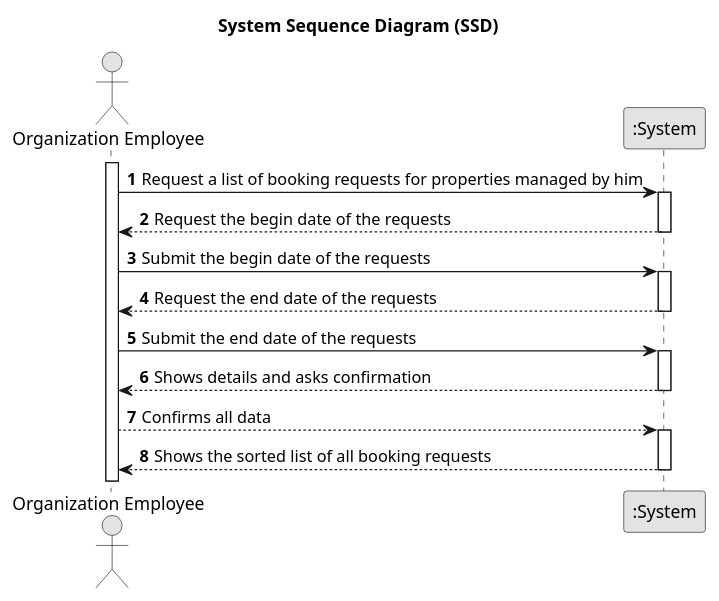
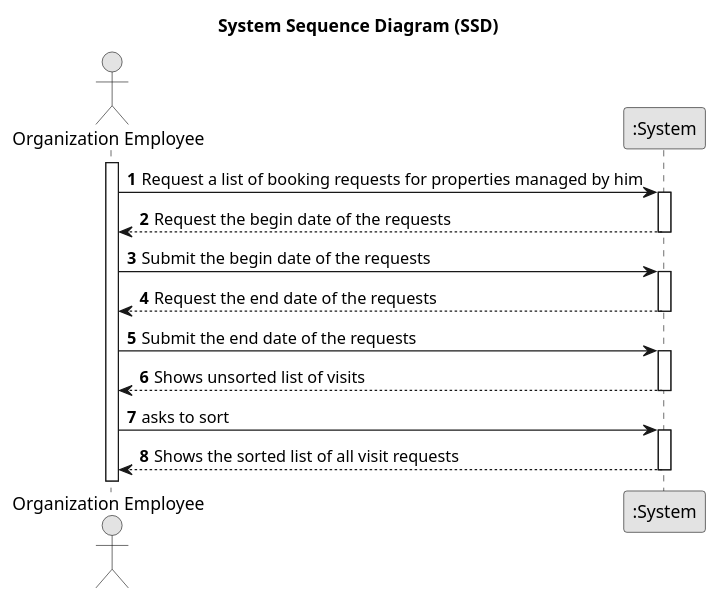
The diagram in docs/Sprint-D/US015/01.requirements-engineering/puml/us015-system-sequence-diagram.puml (Rodrick0209/ISEP-LAPR2-22-23), drawn with PlantUML before and after one commit. The commit also changed 48 other files, not shown here.

```diff
--- a/docs/Sprint-D/US015/01.requirements-engineering/puml/us015-system-sequence-diagram.puml
+++ b/docs/Sprint-D/US015/01.requirements-engineering/puml/us015-system-sequence-diagram.puml
@@ -1,40 +1,40 @@
 @startuml
 skinparam monochrome true
 skinparam packageStyle rectangle
 skinparam shadowing false
 
 title System Sequence Diagram (SSD)
 autonumber
 
 actor "Organization Employee" as Employee
 participant ":System" as System
 
 activate Employee
 
     Employee -> System : Request a list of booking requests for properties managed by him
     activate System
 
         System --> Employee : Request the begin date of the requests
     deactivate System
 
     Employee -> System : Submit the begin date of the requests
     activate System
 
         System --> Employee : Request the end date of the requests
     deactivate System
 
     Employee -> System : Submit the end date of the requests
     activate System
 
-    System --> Employee : Shows details and asks confirmation
+    System --> Employee : Shows unsorted list of visits
     deactivate System
 
-    Employee --> System : Confirms all data
+    Employee -> System : asks to sort
     activate System
 
-    System --> Employee : Shows the sorted list of all booking requests
+    System --> Employee : Shows the sorted list of all visit requests
     deactivate System
 
 
 
 @enduml
```
